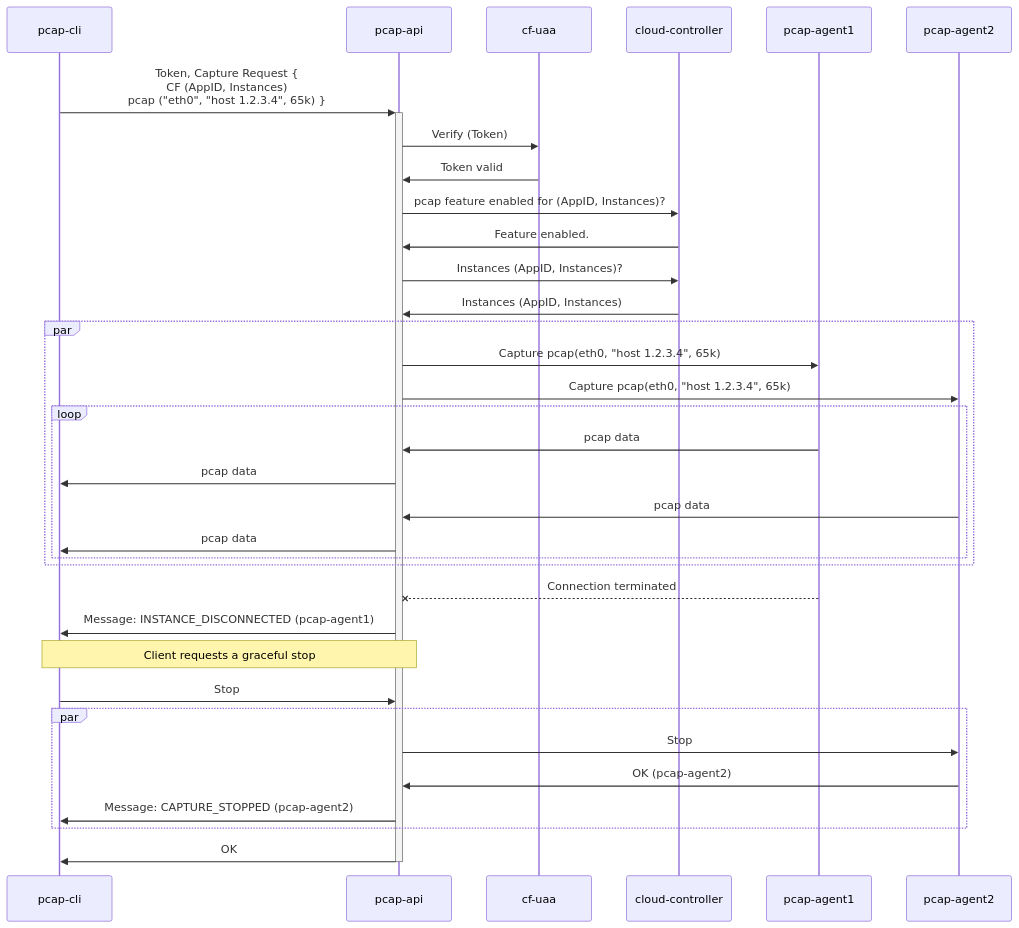
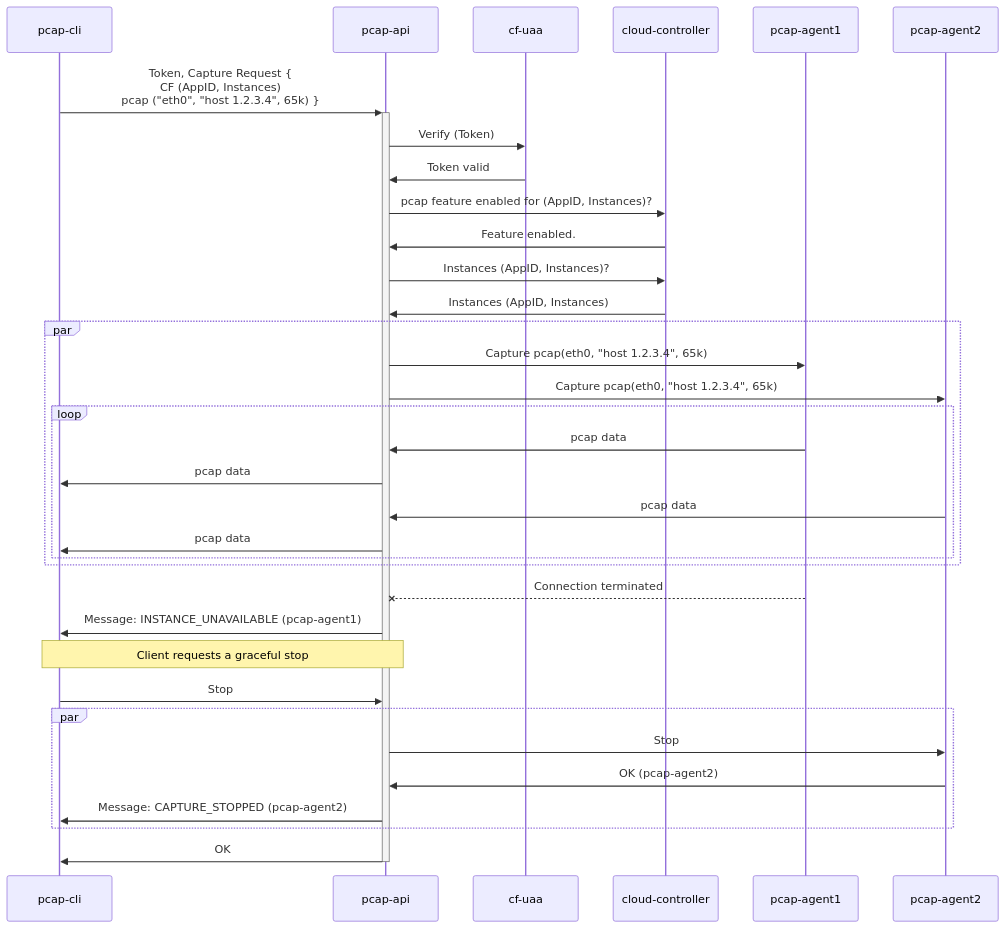
Before and after one commit to cloudfoundry/pcap-release: the ninth of 21 diagrams in docs/api-communication-spec.md, drawn with Mermaid. The commit also changed other lines of this file and 1 other file, not shown here.

````diff
--- a/docs/api-communication-spec.md
+++ b/docs/api-communication-spec.md
@@ -624,33 +623,33 @@
 ```mermaid
 sequenceDiagram
     pcap-cli ->>+ pcap-api: Token, Capture Request {<br/>CF (AppID, Instances)<br/>pcap ("eth0", "host 1.2.3.4", 65k) }
     pcap-api ->> cf-uaa: Verify (Token)
     cf-uaa ->> pcap-api: Token valid
     pcap-api ->> cloud-controller: pcap feature enabled for (AppID, Instances)?
     cloud-controller ->> pcap-api: Feature enabled.
   
     pcap-api ->> cloud-controller: Instances (AppID, Instances)?
     cloud-controller ->> pcap-api: Instances (AppID, Instances)
     par
         pcap-api ->> pcap-agent1: Capture pcap(eth0, "host 1.2.3.4", 65k)
         pcap-api ->> pcap-agent2: Capture pcap(eth0, "host 1.2.3.4", 65k)
         loop
             pcap-agent1 ->> pcap-api: pcap data
             pcap-api ->> pcap-cli: pcap data
             pcap-agent2 ->> pcap-api: pcap data
             pcap-api ->> pcap-cli: pcap data
         end
     end
     pcap-agent1 --X pcap-api: Connection terminated
-    pcap-api ->> pcap-cli: Message: INSTANCE_DISCONNECTED (pcap-agent1)
+    pcap-api ->> pcap-cli: Message: INSTANCE_UNAVAILABLE (pcap-agent1)
     note over pcap-cli, pcap-api: Client requests a graceful stop
     pcap-cli ->> pcap-api: Stop
     par
         pcap-api ->> pcap-agent2: Stop
         pcap-agent2 ->> pcap-api: OK (pcap-agent2)
         pcap-api ->> pcap-cli: Message: CAPTURE_STOPPED (pcap-agent2)
     end
 
     pcap-api ->>- pcap-cli: OK
     
 ```
````
